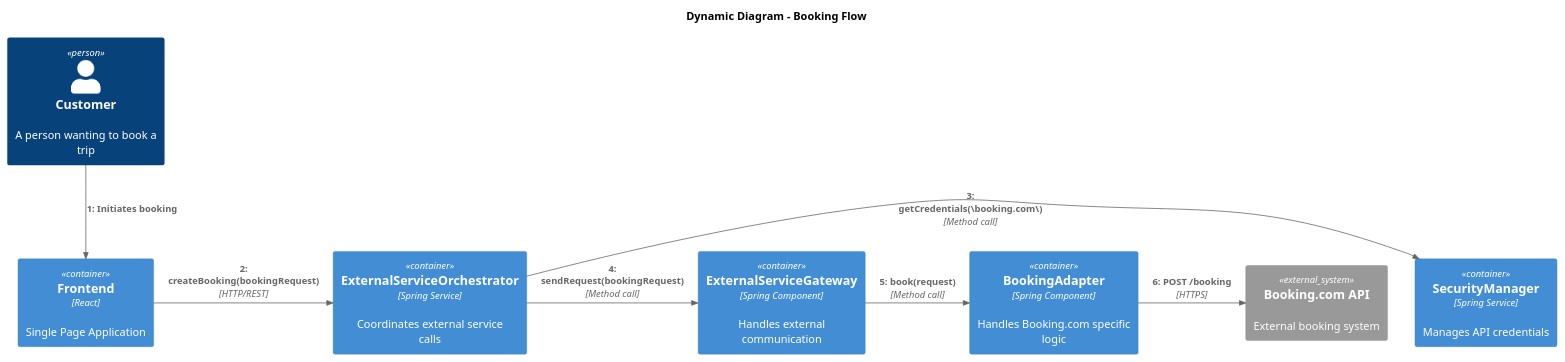
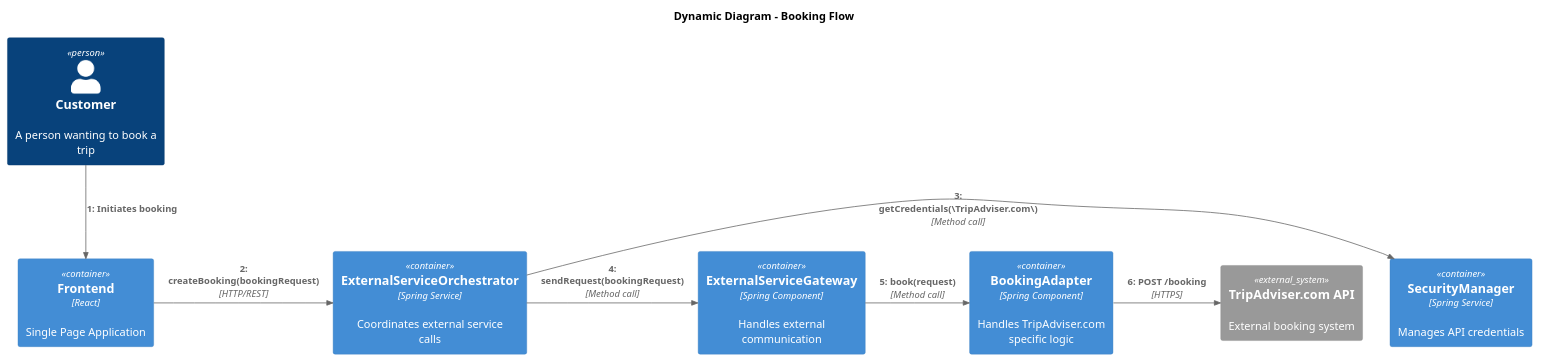
Before and after one commit to AIM-ENE-feb25/triptop-groep-b1: the diagram in software-guidebook/dynamic-diagram/dynamic-booking-diagram.puml, drawn with PlantUML. The commit also changed 1 other file, not shown here.

Commit message:
diagram aangepast
data veranderd zodat deze actueel is

```diff
--- a/software-guidebook/dynamic-diagram/dynamic-booking-diagram.puml
+++ b/software-guidebook/dynamic-diagram/dynamic-booking-diagram.puml
@@ -1,21 +1,21 @@
 @startuml
 !include https://raw.githubusercontent.com/plantuml-stdlib/C4-PlantUML/master/C4_Dynamic.puml
 
 title Dynamic Diagram - Booking Flow
 
 Person(customer, "Customer", "A person wanting to book a trip")
 Container(spa, "Frontend", "React", "Single Page Application")
 Container(orchestrator, "ExternalServiceOrchestrator", "Spring Service", "Coordinates external service calls")
 Container(security, "SecurityManager", "Spring Service", "Manages API credentials")
 Container(gateway, "ExternalServiceGateway", "Spring Component", "Handles external communication")
-Container(adapter, "BookingAdapter", "Spring Component", "Handles Booking.com specific logic")
-System_Ext(bookingApi, "Booking.com API", "External booking system")
+Container(adapter, "BookingAdapter", "Spring Component", "Handles TripAdviser.com specific logic")
+System_Ext(bookingApi, "TripAdviser.com API", "External booking system")
 
 Rel_D(customer, spa, "Initiates booking")
 Rel_R(spa, orchestrator, "createBooking(bookingRequest)", "HTTP/REST")
-Rel_R(orchestrator, security, "getCredentials(\booking.com\)", "Method call")
+Rel_R(orchestrator, security, "getCredentials(\TripAdviser.com\)", "Method call")
 Rel_R(orchestrator, gateway, "sendRequest(bookingRequest)", "Method call")
 Rel_R(gateway, adapter, "book(request)", "Method call")
 Rel_R(adapter, bookingApi, "POST /booking", "HTTPS")
 
 @enduml
```
